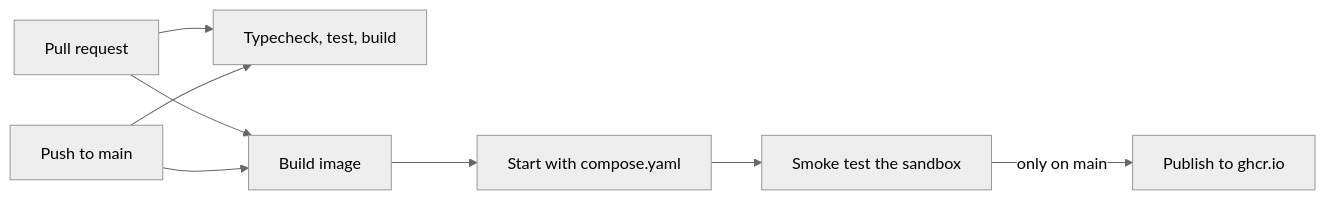
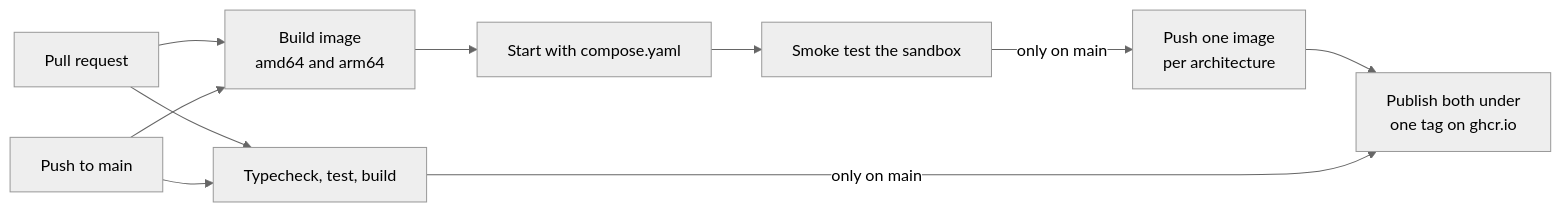
One commit to murilopereirame/automatic-system changed the second of 2 diagrams in docs/DEPLOYMENT.md. Above: the diagram before and after it, drawn with Mermaid (neutral theme). The commit also changed other lines of this file and 1 other file, not shown here.

First line of the commit message:
Build and publish the image for arm64 as well as amd64

````diff
--- a/docs/DEPLOYMENT.md
+++ b/docs/DEPLOYMENT.md
@@ -147,10 +149,12 @@
 ```mermaid
 flowchart LR
     PR[Pull request] --> T[Typecheck, test, build]
-    PR --> I[Build image]
+    PR --> I[Build image<br/>amd64 and arm64]
     I --> S[Start with compose.yaml]
     S --> K[Smoke test the sandbox]
     M[Push to main] --> T
     M --> I
-    K -->|only on main| P[Publish to ghcr.io]
+    K -->|only on main| A[Push one image<br/>per architecture]
+    A --> P[Publish both under<br/>one tag on ghcr.io]
+    T -->|only on main| P
 ```
````
